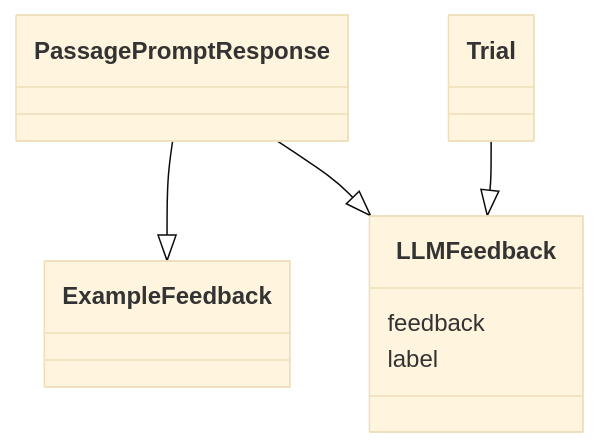
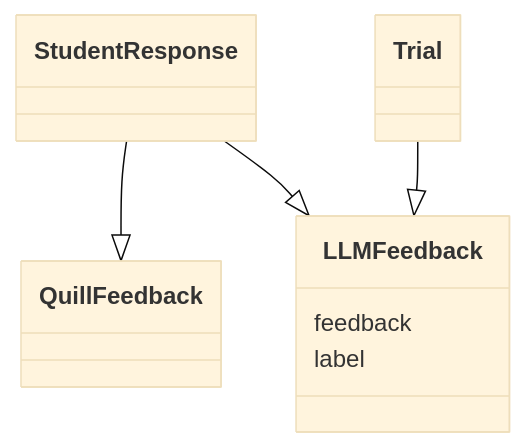
The third of 3 diagrams in services/QuillLMS/engines/evidence/app/models/evidence/research/readme.md (empirical-org/Empirical-Core), drawn with Mermaid (base theme) before and after one commit. The commit also changed other lines of this file and 86 other files, not shown here.

First line of the commit message:
Rename ExampleFeedback to QuillFeedback (#11891)

````diff
--- a/services/QuillLMS/engines/evidence/app/models/evidence/research/readme.md
+++ b/services/QuillLMS/engines/evidence/app/models/evidence/research/readme.md
@@ -61,14 +61,14 @@
 ```mermaid
 classDiagram
-    class PassagePromptResponse {
+    class StudentResponse {
     }
-    class ExampleFeedback {
+    class QuillFeedback {
     }
     class LLMFeedback {
         feedback
         label
     }
-    PassagePromptResponse --|> ExampleFeedback
-    PassagePromptResponse --|> LLMFeedback
+    StudentResponse --|> QuillFeedback
+    StudentResponse --|> LLMFeedback
     Trial --|> LLMFeedback
 ```
````
